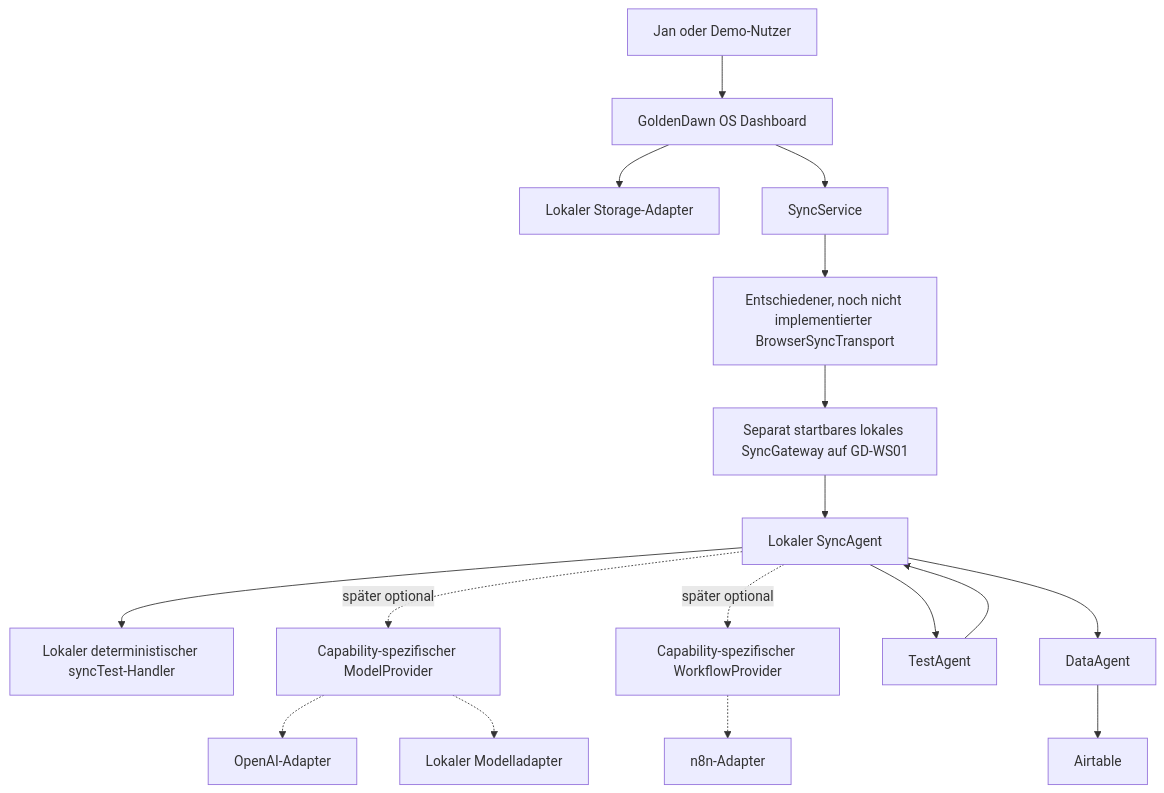
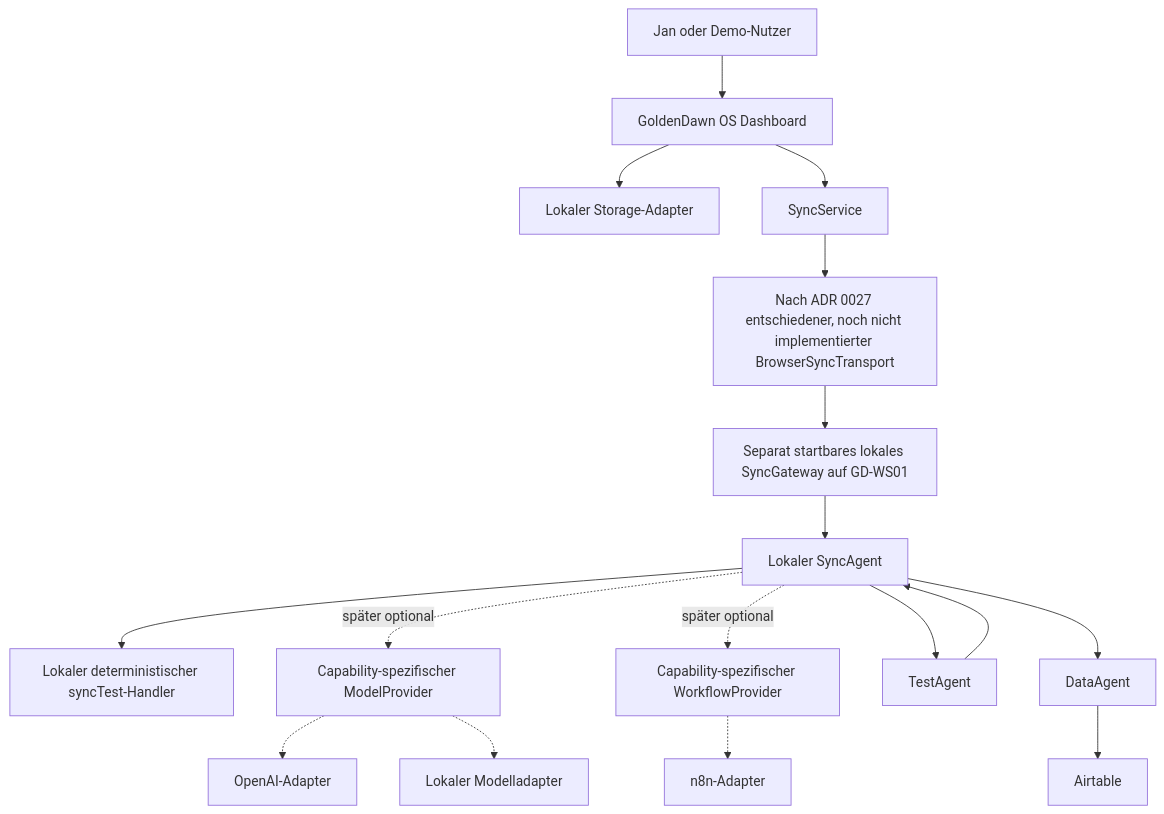
The first of 2 diagrams in docs/architecture.md (Varudan/goldendawn-os), drawn with Mermaid before and after one commit. The commit also changed other lines of this file and 9 other files, not shown here.

Commit message:
docs: adr-0027-browser-sync-transport-proof-boundaries (#58)

````diff
--- a/docs/architecture.md
+++ b/docs/architecture.md
@@ -62,19 +62,19 @@
 ```mermaid
 flowchart TD
     User["Jan oder Demo-Nutzer"] --> UI["GoldenDawn OS Dashboard"]
     UI --> Local["Lokaler Storage-Adapter"]
     UI --> Sync["SyncService"]
-    Sync --> Transport["Entschiedener, noch nicht implementierter BrowserSyncTransport"]
+    Sync --> Transport["Nach ADR 0027 entschiedener, noch nicht implementierter BrowserSyncTransport"]
     Transport --> Gateway["Separat startbares lokales SyncGateway auf GD-WS01"]
     Gateway --> Router["Lokaler SyncAgent"]
     Router --> SyncTest["Lokaler deterministischer syncTest-Handler"]
     Router -.->|später optional| Model["Capability-spezifischer ModelProvider"]
     Model -.-> OpenAI["OpenAI-Adapter"]
     Model -.-> LocalModel["Lokaler Modelladapter"]
     Router -.->|später optional| Workflow["Capability-spezifischer WorkflowProvider"]
     Workflow -.-> N8n["n8n-Adapter"]
     Router --> Test["TestAgent"]
     Router --> Data["DataAgent"]
     Test --> Router
     Data --> Airtable["Airtable"]
 ```
````
